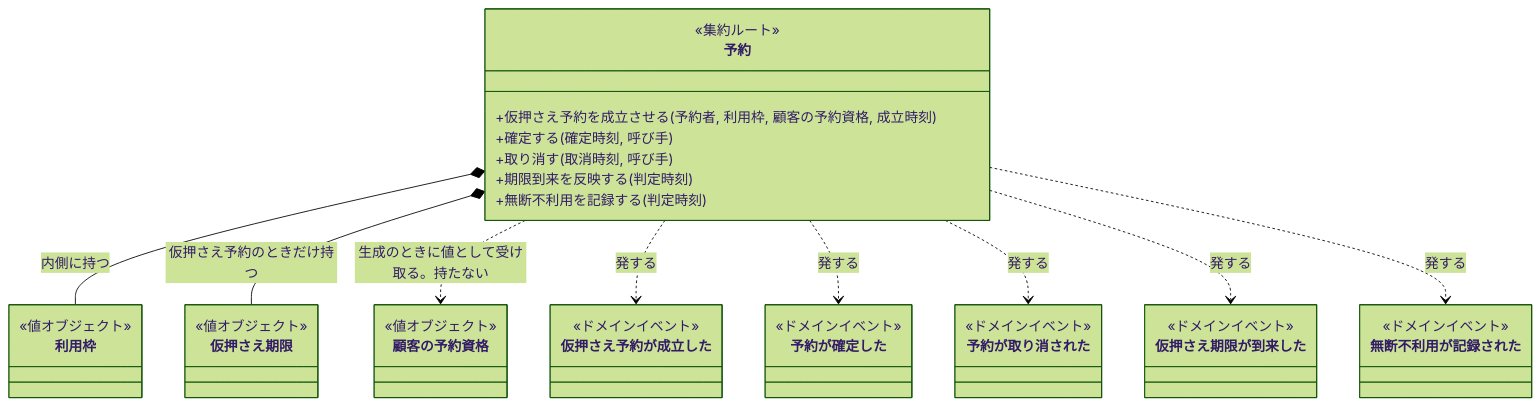
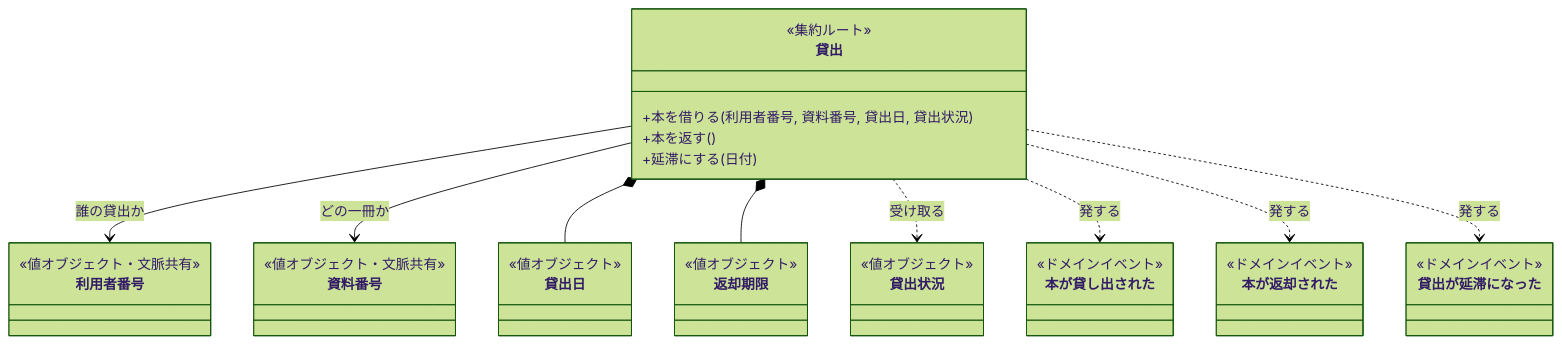
Before and after one commit to nakamori-naoya/write-doc-plugins: the first of 2 diagrams in plugins/write-doc/skills/write-doc/assets/examples/domain-model.example.md, drawn with Mermaid (forest theme). The commit also changed other lines of this file and 1 other file, not shown here.

First line of the commit message:
feat(domain-model): 型を図が主役の形へ作り直し、見本を図書館の貸出にする

````diff
--- a/plugins/write-doc/skills/write-doc/assets/examples/domain-model.example.md
+++ b/plugins/write-doc/skills/write-doc/assets/examples/domain-model.example.md
@@ -45,43 +10,41 @@
 ```mermaid
 classDiagram
-    class Reservation["予約"] {
+    class Loan["貸出"] {
         <<集約ルート>>
-        +仮押さえ予約を成立させる(予約者, 利用枠, 顧客の予約資格, 成立時刻)
-        +確定する(確定時刻, 呼び手)
-        +取り消す(取消時刻, 呼び手)
-        +期限到来を反映する(判定時刻)
-        +無断不利用を記録する(判定時刻)
+        +本を借りる(利用者番号, 資料番号, 貸出日, 貸出状況)
+        +本を返す()
+        +延滞にする(日付)
     }
-    class TimeSlot["利用枠"] {
+    class UserNo["利用者番号"] {
+        <<値オブジェクト・文脈共有>>
+    }
+    class BookNo["資料番号"] {
+        <<値オブジェクト・文脈共有>>
+    }
+    class LentOn["貸出日"] {
         <<値オブジェクト>>
     }
-    class HoldDeadline["仮押さえ期限"] {
+    class Due["返却期限"] {
         <<値オブジェクト>>
     }
-    class Eligibility["顧客の予約資格"] {
+    class Standing["貸出状況"] {
         <<値オブジェクト>>
     }
-    class Held["仮押さえ予約が成立した"] {
+    class Lent["本が貸し出された"] {
         <<ドメインイベント>>
     }
-    class Confirmed["予約が確定した"] {
+    class Returned["本が返却された"] {
         <<ドメインイベント>>
     }
-    class Cancelled["予約が取り消された"] {
+    class Overdue["貸出が延滞になった"] {
         <<ドメインイベント>>
     }
-    class Expired["仮押さえ期限が到来した"] {
-        <<ドメインイベント>>
-    }
-    class NoShow["無断不利用が記録された"] {
-        <<ドメインイベント>>
-    }
-    Reservation *-- TimeSlot : 内側に持つ
-    Reservation *-- HoldDeadline : 仮押さえ予約のときだけ持つ
-    Reservation ..> Eligibility : 生成のときに値として受け取る。持たない
-    Reservation ..> Held : 発する
-    Reservation ..> Confirmed : 発する
-    Reservation ..> Cancelled : 発する
-    Reservation ..> Expired : 発する
-    Reservation ..> NoShow : 発する
+    Loan --> UserNo : 誰の貸出か
+    Loan --> BookNo : どの一冊か
+    Loan *-- LentOn
+    Loan *-- Due
+    Loan ..> Standing : 受け取る
+    Loan ..> Lent : 発する
+    Loan ..> Returned : 発する
+    Loan ..> Overdue : 発する
 ```
````
